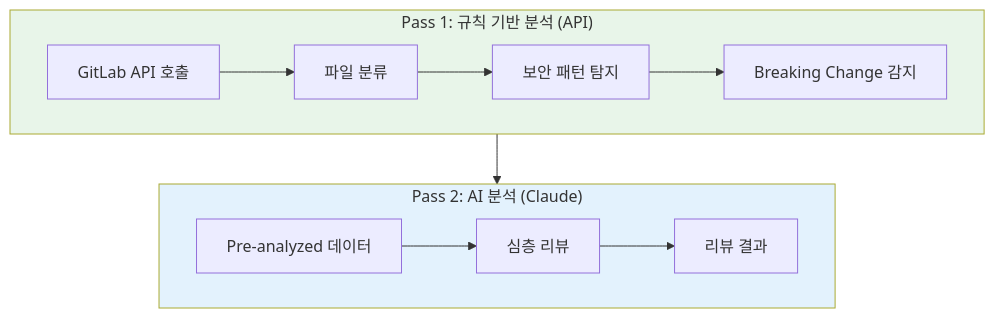
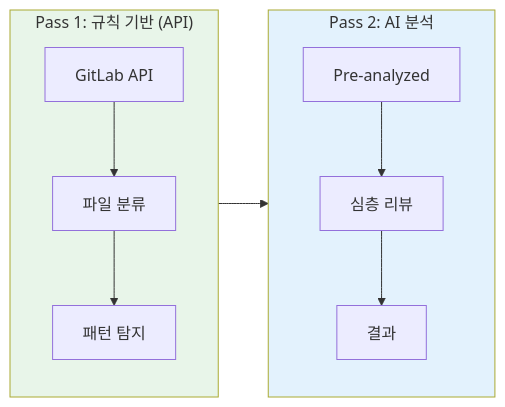
Before and after one commit to Gyeom/dev-notes: the fourth of 9 diagrams in content/posts/2025-12-26-ai-agent-performance-optimization.md, drawn with Mermaid. The commit also changed other lines of this file and 4 other files, not shown here.

First line of the commit message:
Update: Mermaid 다이어그램 레이아웃 개선 및 가이드 추가

````diff
--- a/content/posts/2025-12-26-ai-agent-performance-optimization.md
+++ b/content/posts/2025-12-26-ai-agent-performance-optimization.md
@@ -87,20 +87,15 @@
 ```mermaid
-flowchart TB
-    subgraph Pass1["Pass 1: 규칙 기반 분석 (API)"]
-        direction LR
-        A["GitLab API 호출"] --> B["파일 분류"]
-        B --> C["보안 패턴 탐지"]
-        C --> D["Breaking Change 감지"]
+flowchart LR
+    subgraph Pass1["Pass 1: 규칙 기반 (API)"]
+        A["GitLab API"] --> B["파일 분류"] --> C["패턴 탐지"]
     end
 
-    subgraph Pass2["Pass 2: AI 분석 (Claude)"]
-        direction LR
-        E["Pre-analyzed 데이터"] --> F["심층 리뷰"]
-        F --> G["리뷰 결과"]
+    subgraph Pass2["Pass 2: AI 분석"]
+        D["Pre-analyzed"] --> E["심층 리뷰"] --> F["결과"]
     end
 
     Pass1 --> Pass2
 
     style Pass1 fill:#E8F5E9
     style Pass2 fill:#E3F2FD
 ```
````
